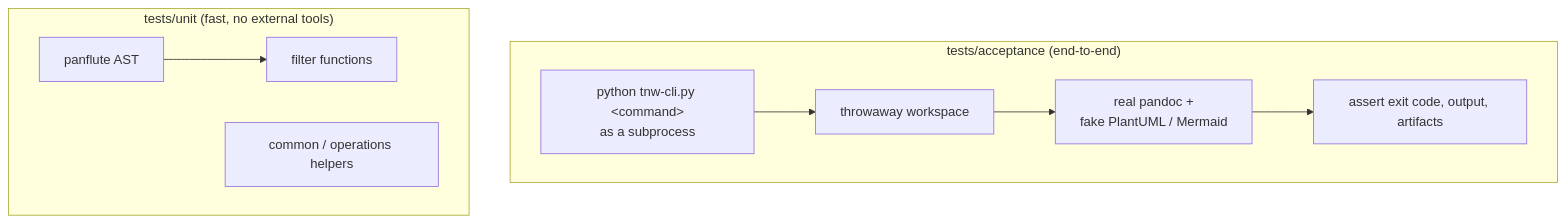
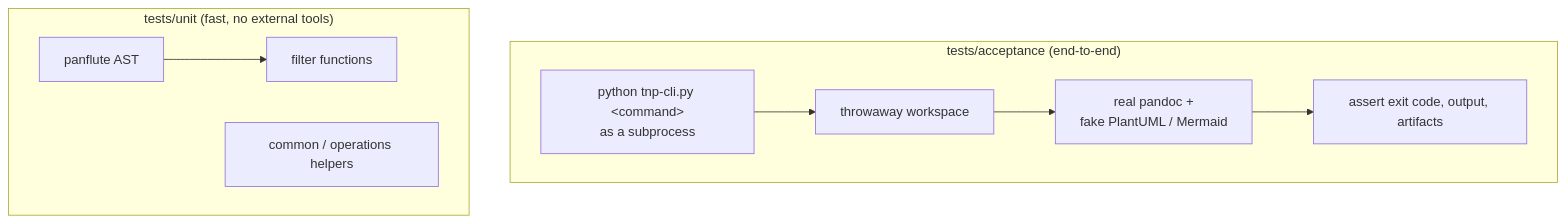
Before and after one commit to dgerod/tnp: the diagram in docs/testing.md, drawn with Mermaid. The commit also changed other lines of this file and 116 other files, not shown here.

First line of the commit message:
refactor!: rename 'tnw' to 'tnp'

````diff
--- a/docs/testing.md
+++ b/docs/testing.md
@@ -13,12 +13,12 @@
 ```mermaid
 flowchart TB
     subgraph A["tests/acceptance (end-to-end)"]
-        A1["python tnw-cli.py &lt;command&gt;<br/>as a subprocess"] --> A2["throwaway workspace"]
+        A1["python tnp-cli.py &lt;command&gt;<br/>as a subprocess"] --> A2["throwaway workspace"]
         A2 --> A3["real pandoc +<br/>fake PlantUML / Mermaid"]
         A3 --> A4["assert exit code, output, artifacts"]
     end
     subgraph U["tests/unit (fast, no external tools)"]
         U1["panflute AST"] --> U2["filter functions"]
         U3["common / operations helpers"]
     end
 ```
````
